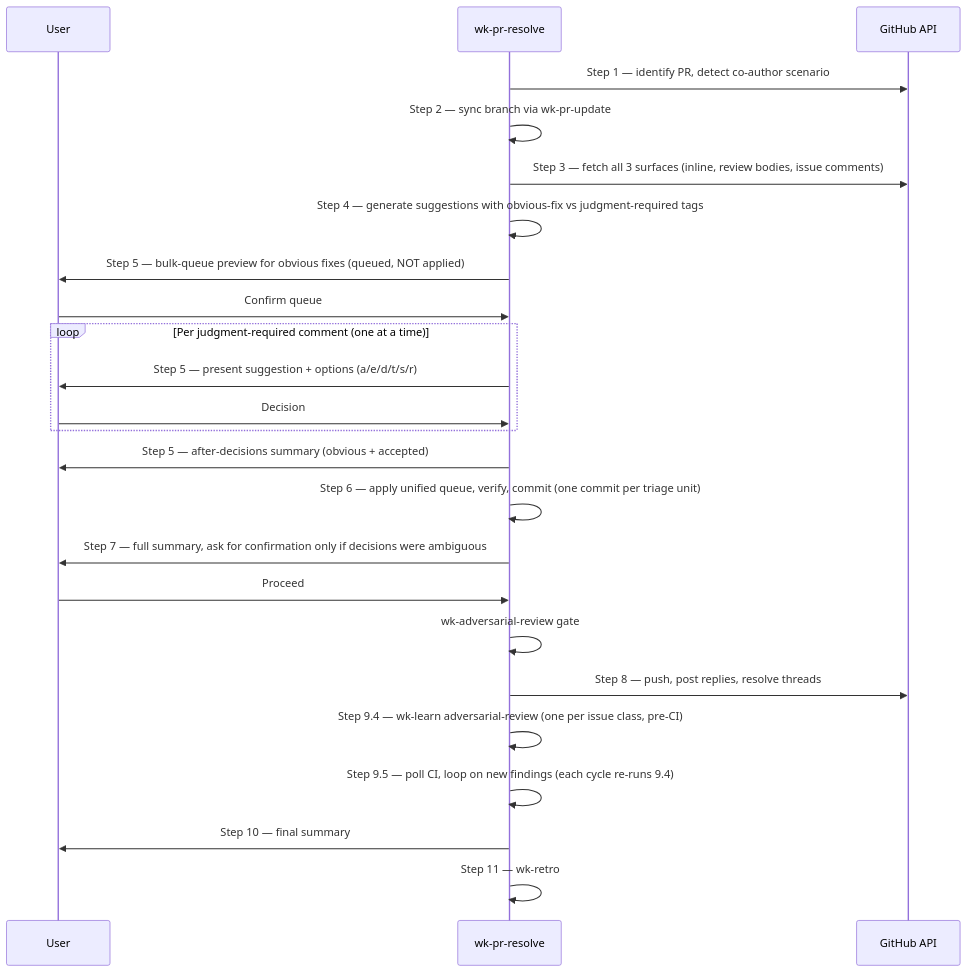
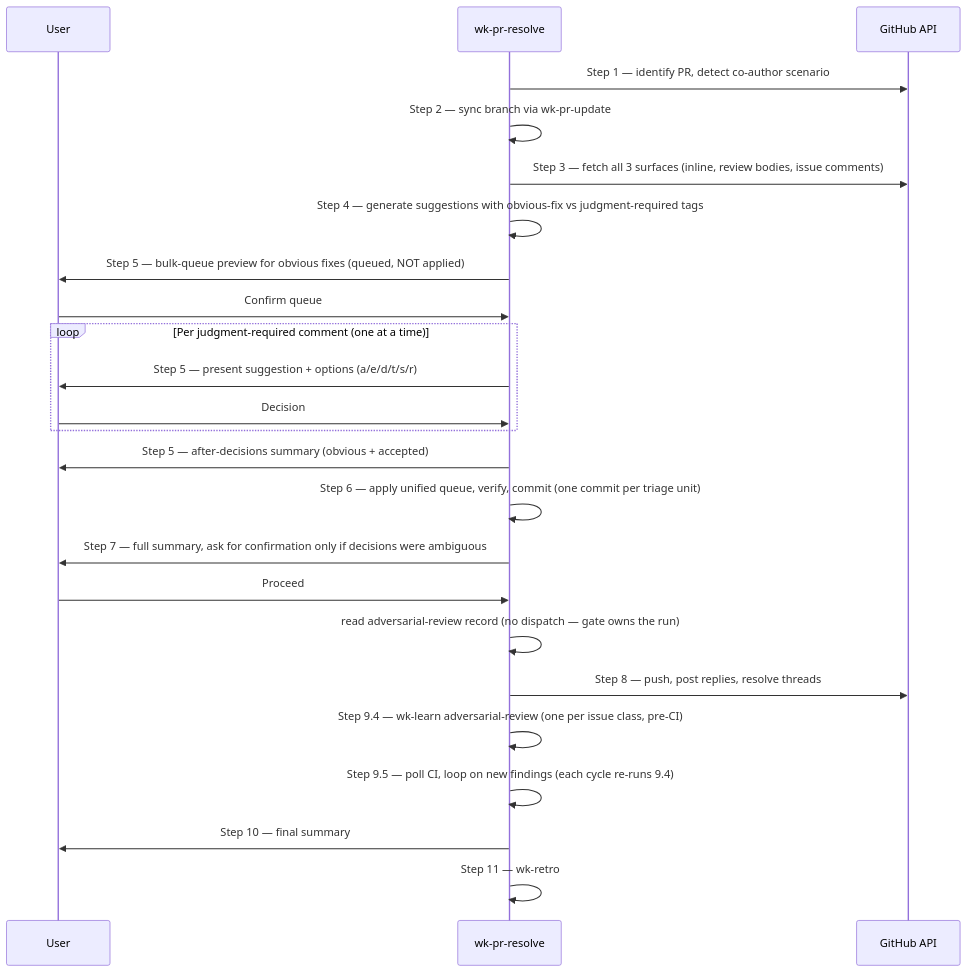
The diagram in skills/pr-resolve/README.md (whizzzkid/skills), drawn with Mermaid before and after one commit. The commit also changed other lines of this file and 18 other files, not shown here.

````diff
--- a/skills/pr-resolve/README.md
+++ b/skills/pr-resolve/README.md
@@ -18,27 +18,27 @@
 ```mermaid
 sequenceDiagram
     participant U as User
     participant S as wk-pr-resolve
     participant GH as GitHub API
 
     S->>GH: Step 1 — identify PR, detect co-author scenario
     S->>S: Step 2 — sync branch via wk-pr-update
     S->>GH: Step 3 — fetch all 3 surfaces (inline, review bodies, issue comments)
     S->>S: Step 4 — generate suggestions with obvious-fix vs judgment-required tags
     S->>U: Step 5 — bulk-queue preview for obvious fixes (queued, NOT applied)
     U->>S: Confirm queue
     loop Per judgment-required comment (one at a time)
         S->>U: Step 5 — present suggestion + options (a/e/d/t/s/r)
         U->>S: Decision
     end
     S->>U: Step 5 — after-decisions summary (obvious + accepted)
     S->>S: Step 6 — apply unified queue, verify, commit (one commit per triage unit)
     S->>U: Step 7 — full summary, ask for confirmation only if decisions were ambiguous
     U->>S: Proceed
-    S->>S: wk-adversarial-review gate
+    S->>S: read adversarial-review record (no dispatch — gate owns the run)
     S->>GH: Step 8 — push, post replies, resolve threads
     S->>S: Step 9.4 — wk-learn adversarial-review (one per issue class, pre-CI)
     S->>S: Step 9.5 — poll CI, loop on new findings (each cycle re-runs 9.4)
     S->>U: Step 10 — final summary
     S->>S: Step 11 — wk-retro
 ```
````
